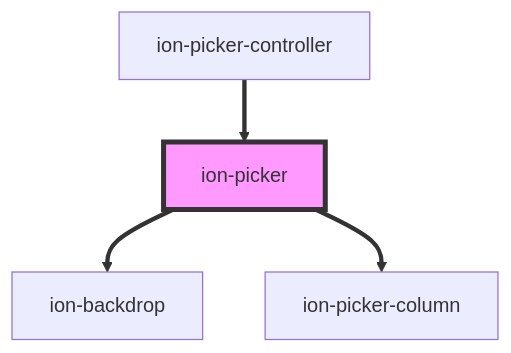
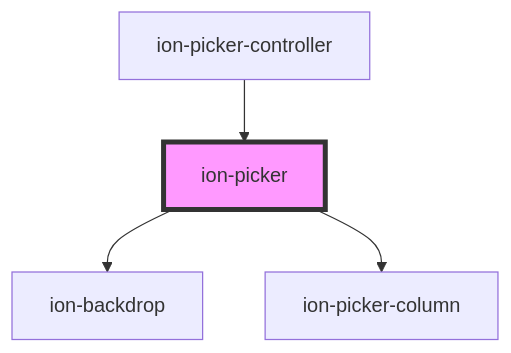
Before and after one commit to ionic-team/ionic-framework: the diagram in core/src/components/picker/readme.md, drawn with Mermaid. The commit also changed other lines of this file and 39 other files, not shown here.

````diff
--- a/core/src/components/picker/readme.md
+++ b/core/src/components/picker/readme.md
@@ -112,7 +112,7 @@
 ```mermaid
 graph TD;
-  ion-picker ==> ion-backdrop
-  ion-picker ==> ion-picker-column
-  ion-picker-controller ==> ion-picker
+  ion-picker --> ion-backdrop
+  ion-picker --> ion-picker-column
+  ion-picker-controller --> ion-picker
   style ion-picker fill:#f9f,stroke:#333,stroke-width:4px
 ```
````
